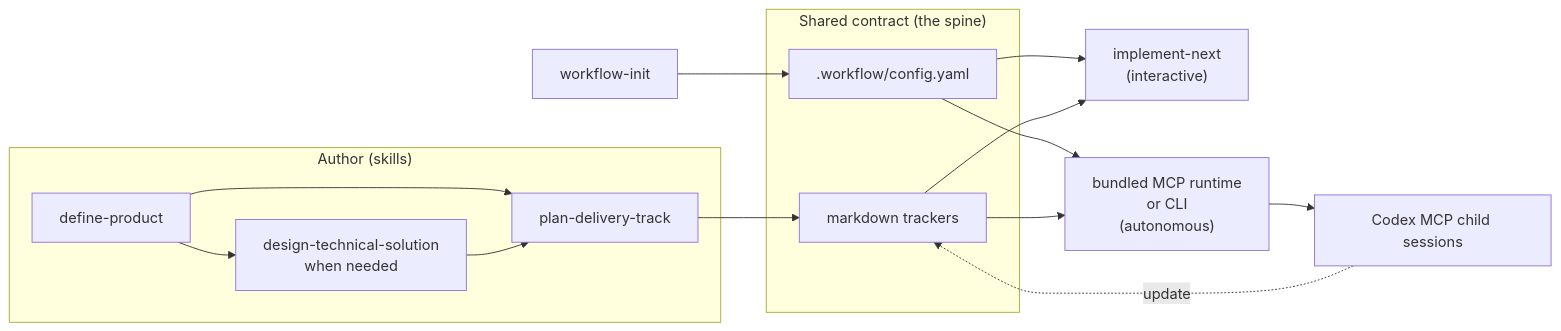
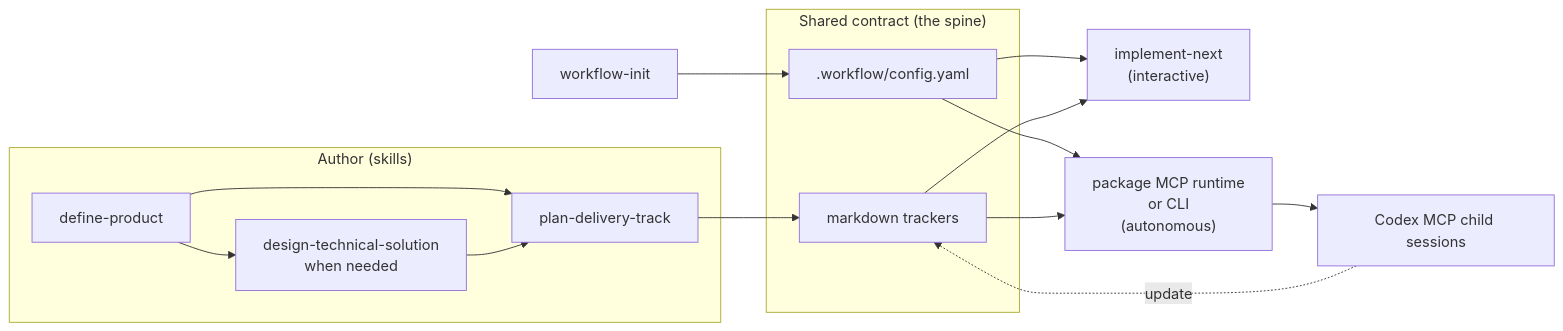
One commit to aryeko/agentic-workflow-kit changed the first of 2 diagrams in README.md. Above: the diagram before and after it, drawn with Mermaid. The commit also changed other lines of this file and 34 other files, not shown here.

First line of the commit message:
fix: run plugin mcp from package (#33)

````diff
--- a/README.md
+++ b/README.md
@@ -18,20 +46,20 @@
 ```mermaid
 flowchart LR
   subgraph Author["Author (skills)"]
     PP[define-product] --> PA[design-technical-solution<br/>when needed]
     PP --> PT[plan-delivery-track]
     PA --> PT
   end
   WI[workflow-init] --> CFG
   PT --> TRK
   subgraph Contract["Shared contract (the spine)"]
     CFG[".workflow/config.yaml"]
     TRK["markdown trackers"]
   end
   CFG --> IN["implement-next<br/>(interactive)"]
   TRK --> IN
-  CFG --> OR["bundled MCP runtime<br/>or CLI<br/>(autonomous)"]
+  CFG --> OR["package MCP runtime<br/>or CLI<br/>(autonomous)"]
   TRK --> OR
   OR --> CODEX["Codex MCP child sessions"]
   CODEX -. update .-> TRK
 ```
````
